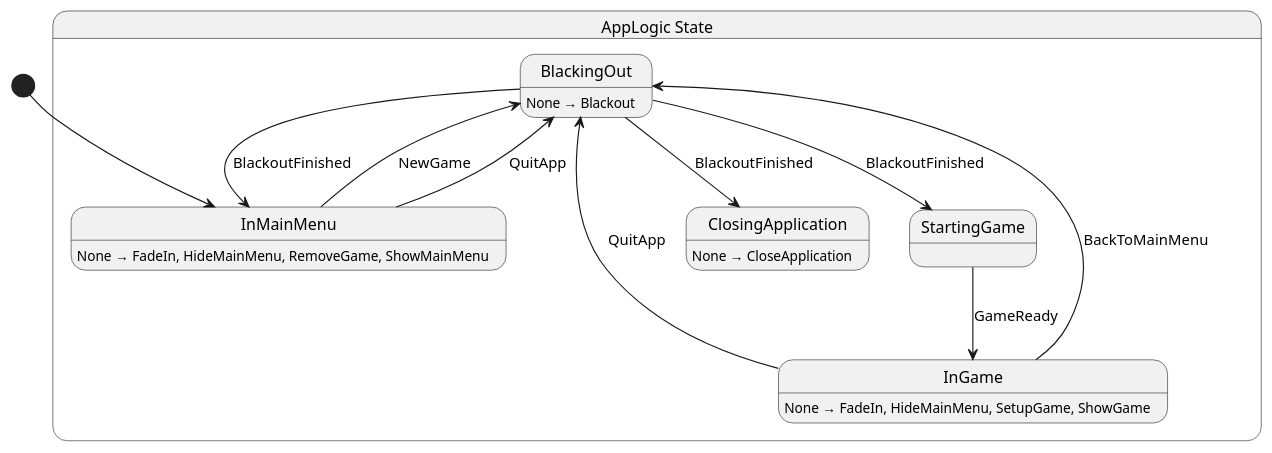
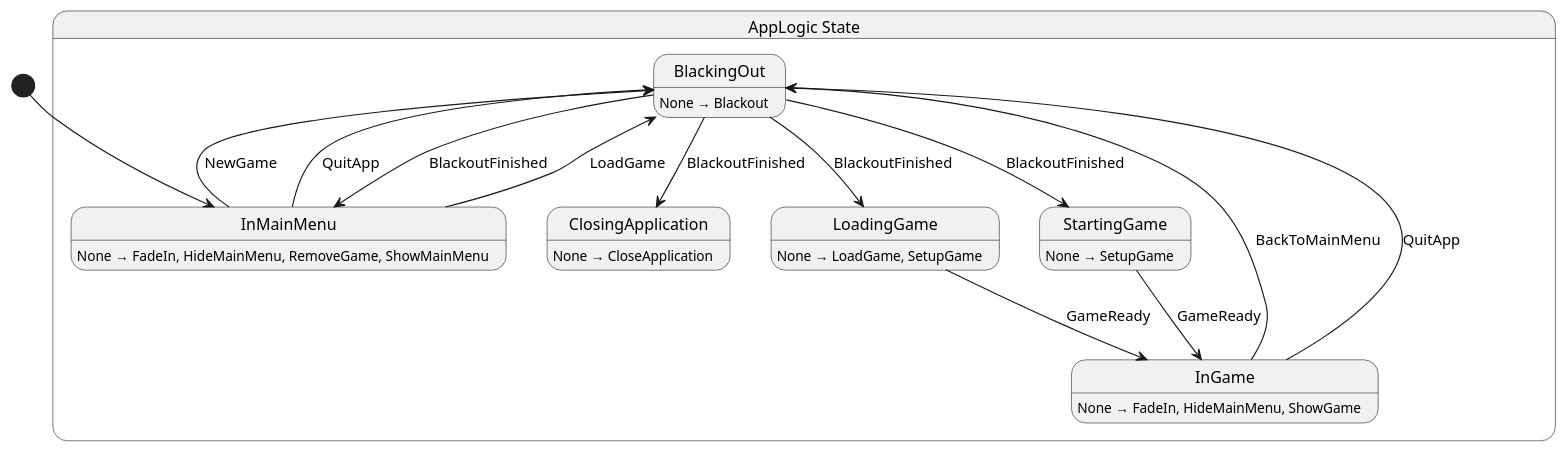
One commit to Nilsiker/Adventure changed the diagram in src/app/state/AppLogic.g.puml. Above: the diagram before and after it, drawn with PlantUML. The commit also changed 15 other files, not shown here.

```diff
--- a/src/app/state/AppLogic.g.puml
+++ b/src/app/state/AppLogic.g.puml
@@ -1,25 +1,31 @@
 @startuml AppLogic
 state "AppLogic State" as Shellguard_AppLogic_State {
   state "BlackingOut" as Shellguard_AppLogic_State_BlackingOut
   state "ClosingApplication" as Shellguard_AppLogic_State_ClosingApplication
   state "InGame" as Shellguard_AppLogic_State_InGame
   state "InMainMenu" as Shellguard_AppLogic_State_InMainMenu
+  state "LoadingGame" as Shellguard_AppLogic_State_LoadingGame
   state "StartingGame" as Shellguard_AppLogic_State_StartingGame
 }
 
 Shellguard_AppLogic_State_BlackingOut --> Shellguard_AppLogic_State_ClosingApplication : BlackoutFinished
 Shellguard_AppLogic_State_BlackingOut --> Shellguard_AppLogic_State_InMainMenu : BlackoutFinished
+Shellguard_AppLogic_State_BlackingOut --> Shellguard_AppLogic_State_LoadingGame : BlackoutFinished
 Shellguard_AppLogic_State_BlackingOut --> Shellguard_AppLogic_State_StartingGame : BlackoutFinished
 Shellguard_AppLogic_State_InGame --> Shellguard_AppLogic_State_BlackingOut : BackToMainMenu
 Shellguard_AppLogic_State_InGame --> Shellguard_AppLogic_State_BlackingOut : QuitApp
+Shellguard_AppLogic_State_InMainMenu --> Shellguard_AppLogic_State_BlackingOut : LoadGame
 Shellguard_AppLogic_State_InMainMenu --> Shellguard_AppLogic_State_BlackingOut : NewGame
 Shellguard_AppLogic_State_InMainMenu --> Shellguard_AppLogic_State_BlackingOut : QuitApp
+Shellguard_AppLogic_State_LoadingGame --> Shellguard_AppLogic_State_InGame : GameReady
 Shellguard_AppLogic_State_StartingGame --> Shellguard_AppLogic_State_InGame : GameReady
 
 Shellguard_AppLogic_State_BlackingOut : None → Blackout
 Shellguard_AppLogic_State_ClosingApplication : None → CloseApplication
-Shellguard_AppLogic_State_InGame : None → FadeIn, HideMainMenu, SetupGame, ShowGame
+Shellguard_AppLogic_State_InGame : None → FadeIn, HideMainMenu, ShowGame
 Shellguard_AppLogic_State_InMainMenu : None → FadeIn, HideMainMenu, RemoveGame, ShowMainMenu
+Shellguard_AppLogic_State_LoadingGame : None → LoadGame, SetupGame
+Shellguard_AppLogic_State_StartingGame : None → SetupGame
 
 [*] --> Shellguard_AppLogic_State_InMainMenu
 @enduml
```
